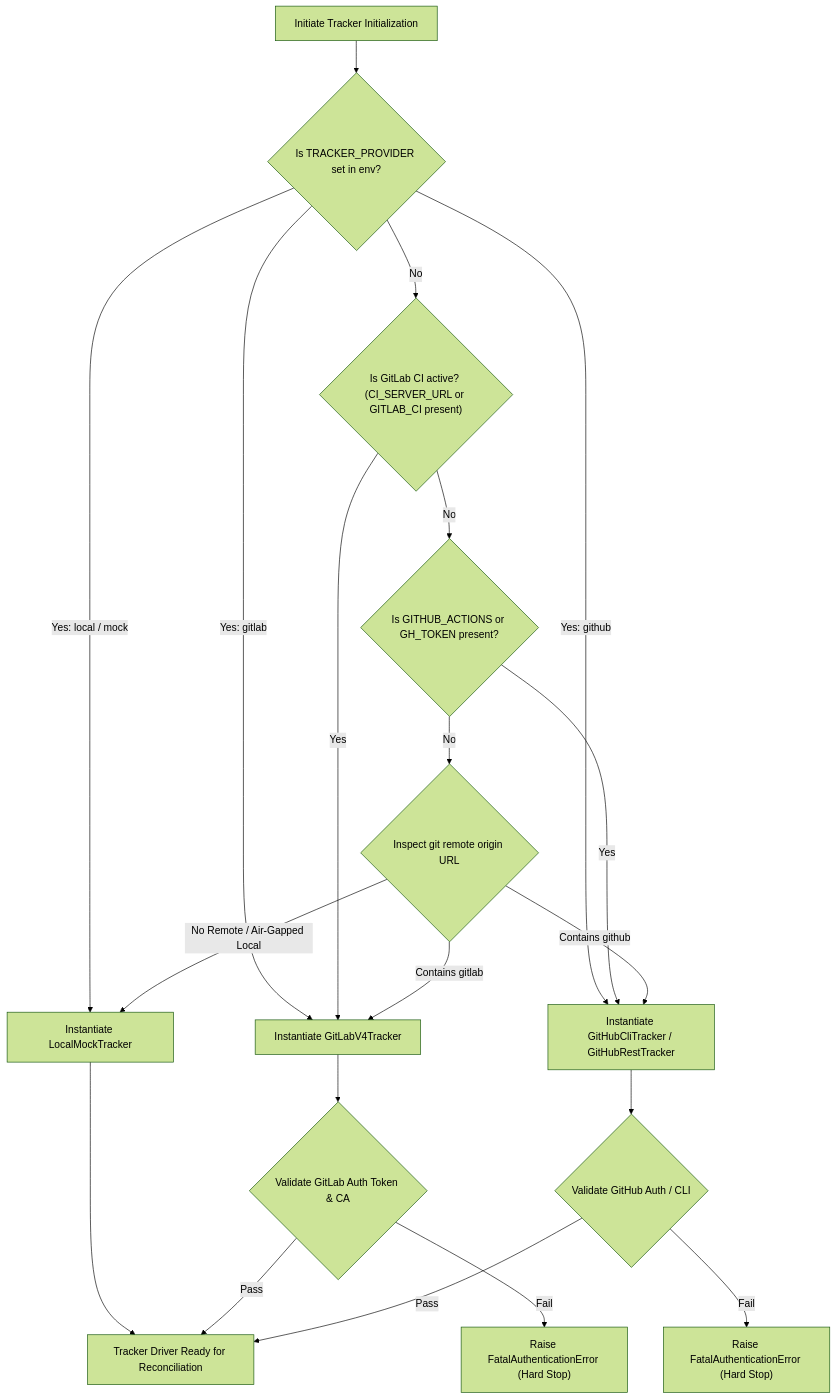
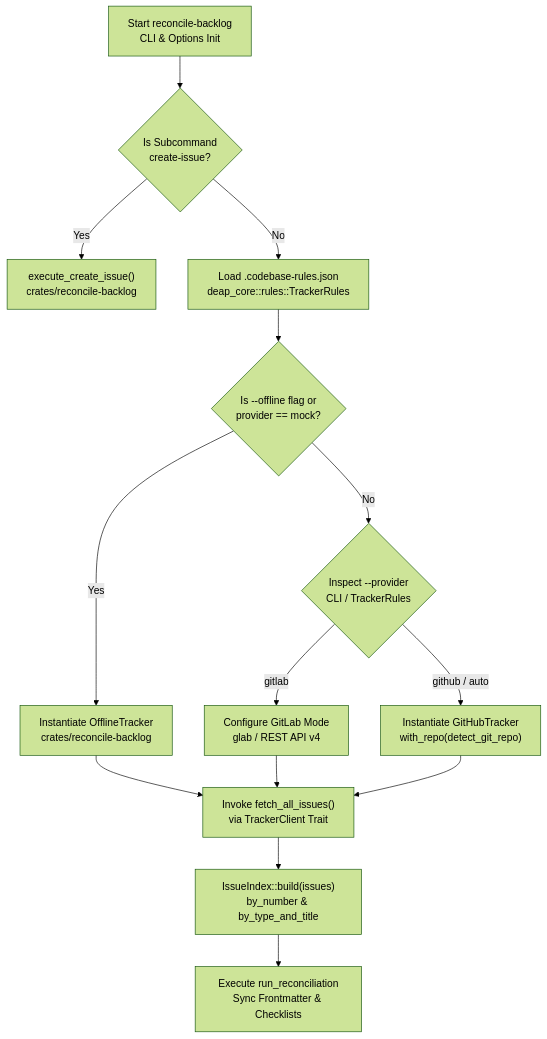
The fourth of 19 diagrams in docs/architecture/blueprints/MULTI_PROVIDER_GITLAB_INFRASTRUCTURE_ARCHITECTURE.md (gintatkinson/DEAP01-spec-core), drawn with Mermaid (forest theme) before and after one commit. The commit also changed other lines of this file and 28 other files, not shown here.

Commit message:
feat(verify-baseline,deap-core,compile-sysml): implement Option C blueprint capabilities and Check 37 blueprint grounding gate

````diff
--- a/docs/architecture/blueprints/MULTI_PROVIDER_GITLAB_INFRASTRUCTURE_ARCHITECTURE.md
+++ b/docs/architecture/blueprints/MULTI_PROVIDER_GITLAB_INFRASTRUCTURE_ARCHITECTURE.md
@@ -234,27 +236,20 @@
 ```mermaid
 flowchart TD
-    Start["Initiate Tracker Initialization"] --> Check_Explicit{"Is TRACKER_PROVIDER set in env?"}
-    
-    Check_Explicit -->|Yes: gitlab| Init_GitLab["Instantiate GitLabV4Tracker"]
-    Check_Explicit -->|Yes: github| Init_GitHub["Instantiate GitHubCliTracker / GitHubRestTracker"]
-    Check_Explicit -->|Yes: local / mock| Init_Mock["Instantiate LocalMockTracker"]
-    
-    Check_Explicit -->|No| Check_CI{"Is GitLab CI active? (CI_SERVER_URL or GITLAB_CI present)"}
-    Check_CI -->|Yes| Init_GitLab
-    Check_CI -->|No| Check_GH_Env{"Is GITHUB_ACTIONS or GH_TOKEN present?"}
-    Check_GH_Env -->|Yes| Init_GitHub
-    Check_GH_Env -->|No| Check_Remote{"Inspect git remote origin URL"}
-    
-    Check_Remote -->|Contains gitlab| Init_GitLab
-    Check_Remote -->|Contains github| Init_GitHub
-    Check_Remote -->|No Remote / Air-Gapped Local| Init_Mock
+    Start["Start reconcile-backlog<br/>CLI & Options Init"] --> Check_Subcmd{"Is Subcommand<br/>create-issue?"}
+    Check_Subcmd -->|Yes| Exec_Create["execute_create_issue()<br/>crates/reconcile-backlog"]
+    Check_Subcmd -->|No| Check_Rules["Load .codebase-rules.json<br/>deap_core::rules::TrackerRules"]
 
-    Init_GitLab --> Auth_GL{"Validate GitLab Auth Token & CA"}
-    Init_GitHub --> Auth_GH{"Validate GitHub Auth / CLI"}
-    Init_Mock --> Ready["Tracker Driver Ready for Reconciliation"]
+    Check_Rules --> Check_Offline{"Is --offline flag or<br/>provider == mock?"}
+    Check_Offline -->|Yes| Init_Offline["Instantiate OfflineTracker<br/>crates/reconcile-backlog"]
+    Check_Offline -->|No| Check_Provider{"Inspect --provider<br/>CLI / TrackerRules"}
 
-    Auth_GL -->|Pass| Ready
-    Auth_GL -->|Fail| Fatal_GL["Raise FatalAuthenticationError (Hard Stop)"]
-    Auth_GH -->|Pass| Ready
-    Auth_GH -->|Fail| Fatal_GH["Raise FatalAuthenticationError (Hard Stop)"]
+    Check_Provider -->|gitlab| Init_GitLab["Configure GitLab Mode<br/>glab / REST API v4"]
+    Check_Provider -->|github / auto| Init_GitHub["Instantiate GitHubTracker<br/>with_repo(detect_git_repo)"]
+
+    Init_Offline --> Fetch_Issues["Invoke fetch_all_issues()<br/>via TrackerClient Trait"]
+    Init_GitLab --> Fetch_Issues
+    Init_GitHub --> Fetch_Issues
+
+    Fetch_Issues --> Build_Index["IssueIndex::build(issues)<br/>by_number & by_type_and_title"]
+    Build_Index --> Run_Reconcile["Execute run_reconciliation<br/>Sync Frontmatter & Checklists"]
 ```
````
